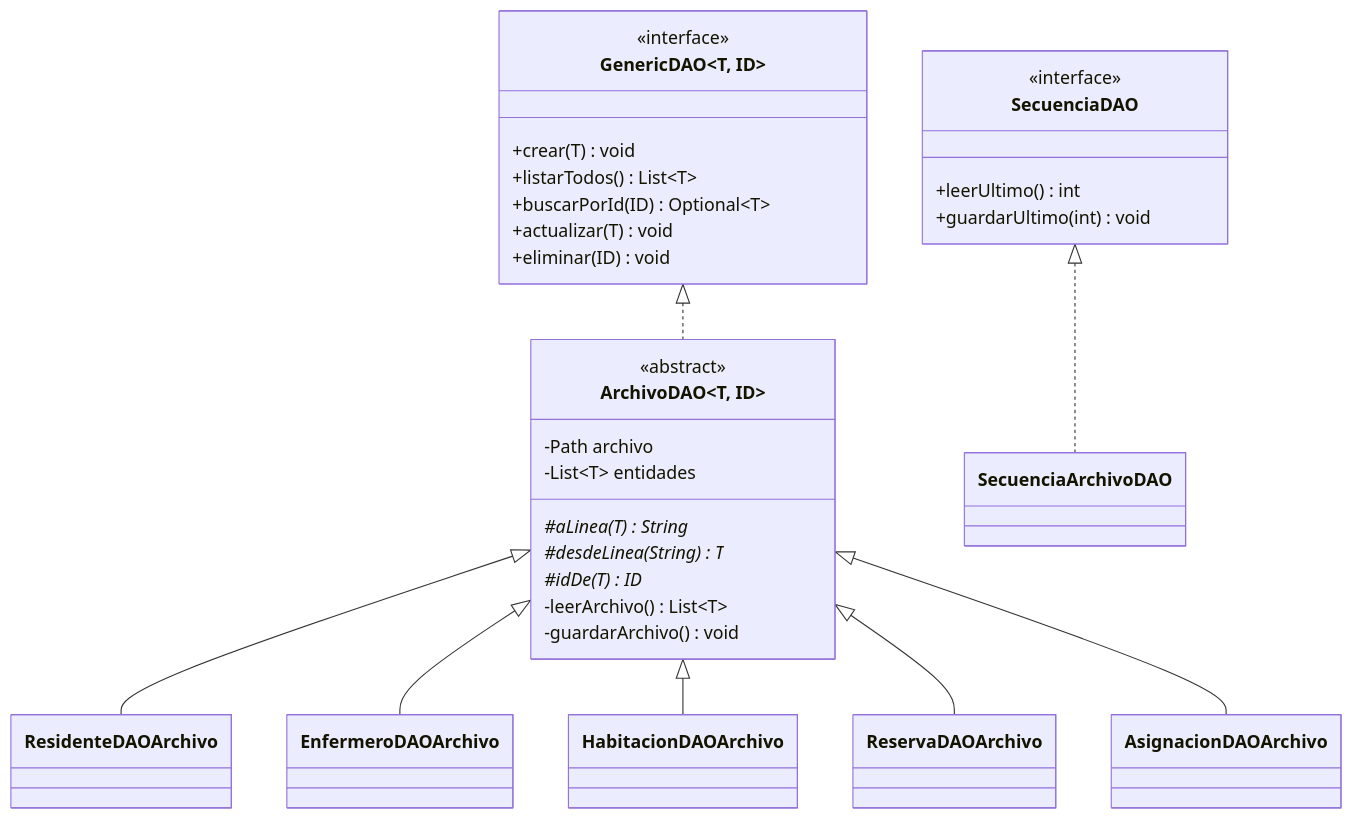
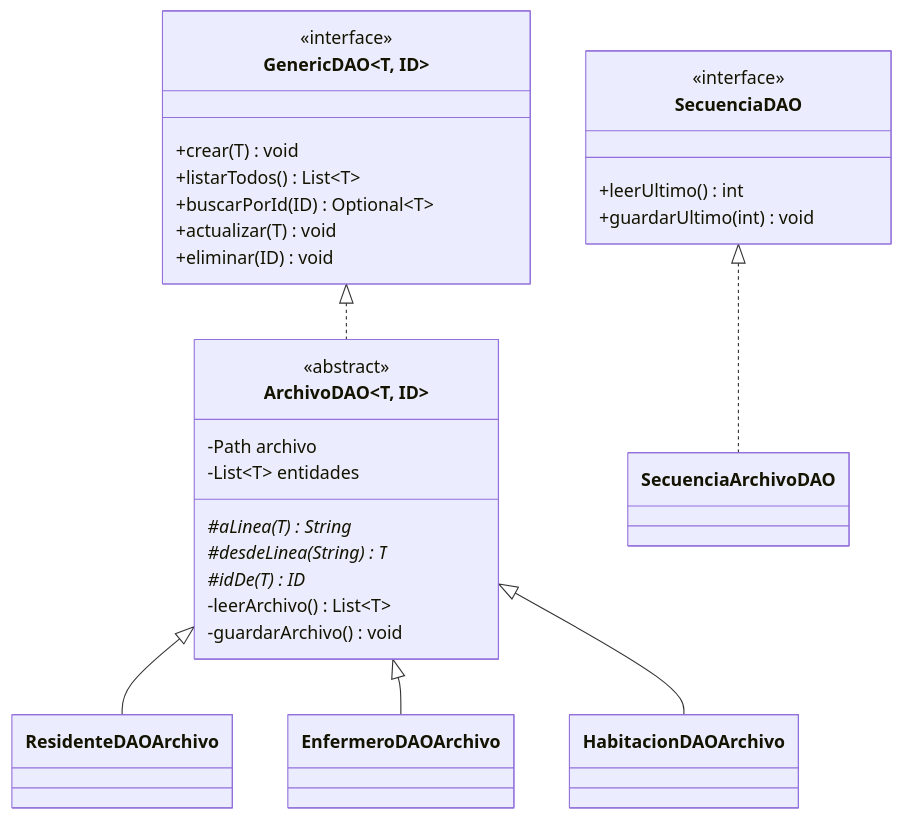
Before and after one commit to Emanuelbig/gestion-residencia-geriatrica-java-mvc: the second of 5 diagrams in docs/UML.md, drawn with Mermaid. The commit also changed other lines of this file and 18 other files, not shown here.

````diff
--- a/docs/UML.md
+++ b/docs/UML.md
@@ -52,34 +53,32 @@
 ```mermaid
 classDiagram
   direction TB
   class GenericDAO~T, ID~ {
     <<interface>>
     +crear(T) void
     +listarTodos() List~T~
     +buscarPorId(ID) Optional~T~
     +actualizar(T) void
     +eliminar(ID) void
   }
   class ArchivoDAO~T, ID~ {
     <<abstract>>
     -Path archivo
     -List~T~ entidades
     #aLinea(T)* String
     #desdeLinea(String)* T
     #idDe(T)* ID
     -leerArchivo() List~T~
     -guardarArchivo() void
   }
   GenericDAO <|.. ArchivoDAO
   ArchivoDAO <|-- ResidenteDAOArchivo
   ArchivoDAO <|-- EnfermeroDAOArchivo
   ArchivoDAO <|-- HabitacionDAOArchivo
-  ArchivoDAO <|-- ReservaDAOArchivo
-  ArchivoDAO <|-- AsignacionDAOArchivo
   class SecuenciaDAO {
     <<interface>>
     +leerUltimo() int
     +guardarUltimo(int) void
   }
   SecuenciaDAO <|.. SecuenciaArchivoDAO
 ```
````
